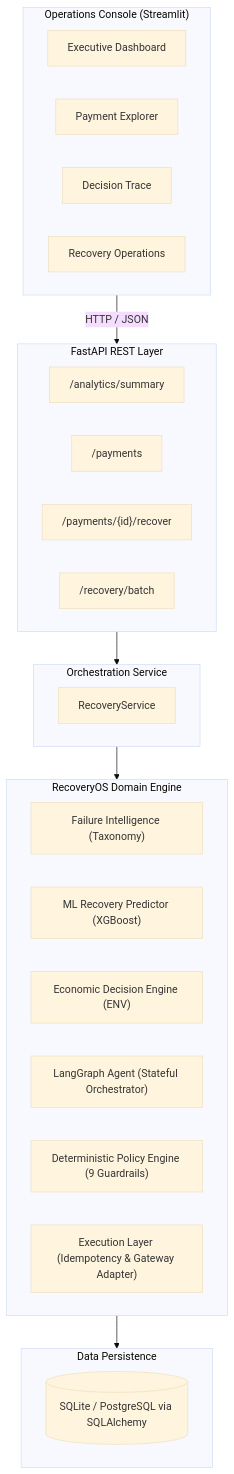
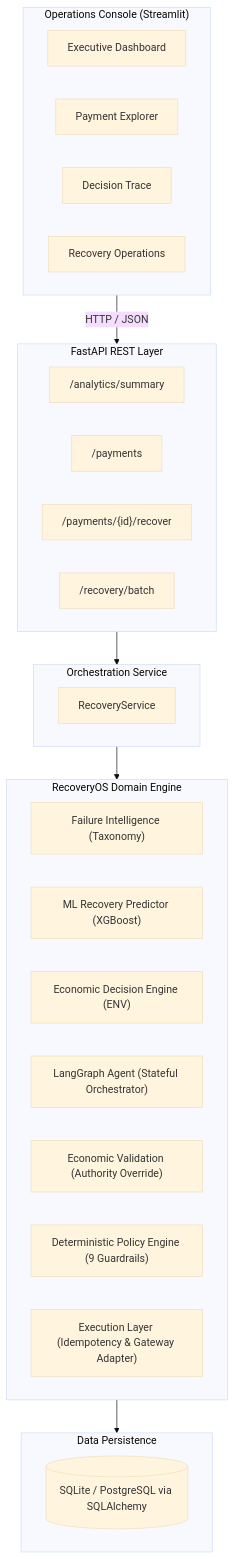
The first of 2 diagrams in README.md (Hardik9999/RecoveryOS), drawn with Mermaid (base theme) before and after one commit. The commit also changed other lines of this file and 2 other files, not shown here.

````diff
--- a/README.md
+++ b/README.md
@@ -47,38 +81,39 @@
 ```mermaid
 flowchart TD
     subgraph UI ["Operations Console (Streamlit)"]
         A1[Executive Dashboard]
         A2[Payment Explorer]
         A3[Decision Trace]
         A4[Recovery Operations]
     end
 
     subgraph API ["FastAPI REST Layer"]
         B1["/analytics/summary"]
         B2["/payments"]
         B3["/payments/{id}/recover"]
         B4["/recovery/batch"]
     end
 
     subgraph Service ["Orchestration Service"]
         C1["RecoveryService"]
     end
 
     subgraph Core ["RecoveryOS Domain Engine"]
         D1["Failure Intelligence (Taxonomy)"]
         D2["ML Recovery Predictor (XGBoost)"]
         D3["Economic Decision Engine (ENV)"]
         D4["LangGraph Agent (Stateful Orchestrator)"]
-        D5["Deterministic Policy Engine (9 Guardrails)"]
-        D6["Execution Layer (Idempotency & Gateway Adapter)"]
+        D5["Economic Validation (Authority Override)"]
+        D6["Deterministic Policy Engine (9 Guardrails)"]
+        D7["Execution Layer (Idempotency & Gateway Adapter)"]
     end
 
     subgraph Data ["Data Persistence"]
         E1[(SQLite / PostgreSQL via SQLAlchemy)]
     end
 
     UI -->|HTTP / JSON| API
     API --> Service
     Service --> Core
     Core --> Data
 ```
````
